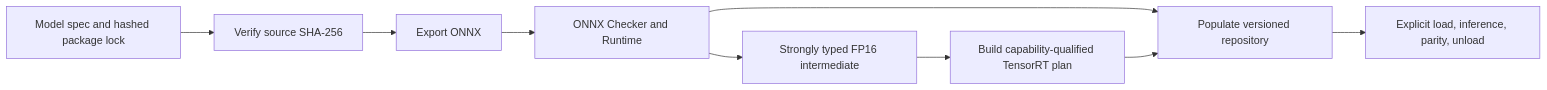
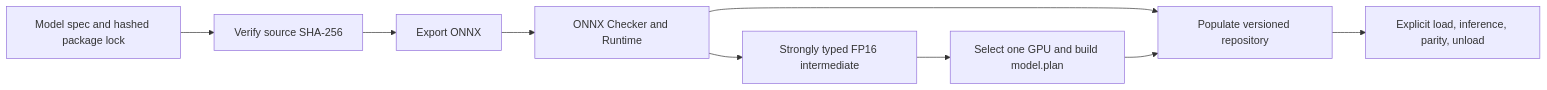
Before and after one commit to legion2440/ml-dev-ops: the fourth of 5 diagrams in ARCHITECTURE.md, drawn with Mermaid. The commit also changed other lines of this file and 47 other files, not shown here.

Commit message:
feat: make TensorRT builds GPU-portable

````diff
--- a/ARCHITECTURE.md
+++ b/ARCHITECTURE.md
@@ -225,11 +225,11 @@
 ```mermaid
 flowchart LR
     Config["Model spec and hashed package lock"] --> Weights["Verify source SHA-256"]
     Weights --> Export["Export ONNX"]
     Export --> Validate["ONNX Checker and Runtime"]
     Validate --> Cast["Strongly typed FP16 intermediate"]
-    Cast --> Optimize["Build capability-qualified TensorRT plan"]
+    Cast --> Optimize["Select one GPU and build model.plan"]
     Validate --> Repository["Populate versioned repository"]
     Optimize --> Repository
     Repository --> Verify["Explicit load, inference, parity, unload"]
 ```
````
